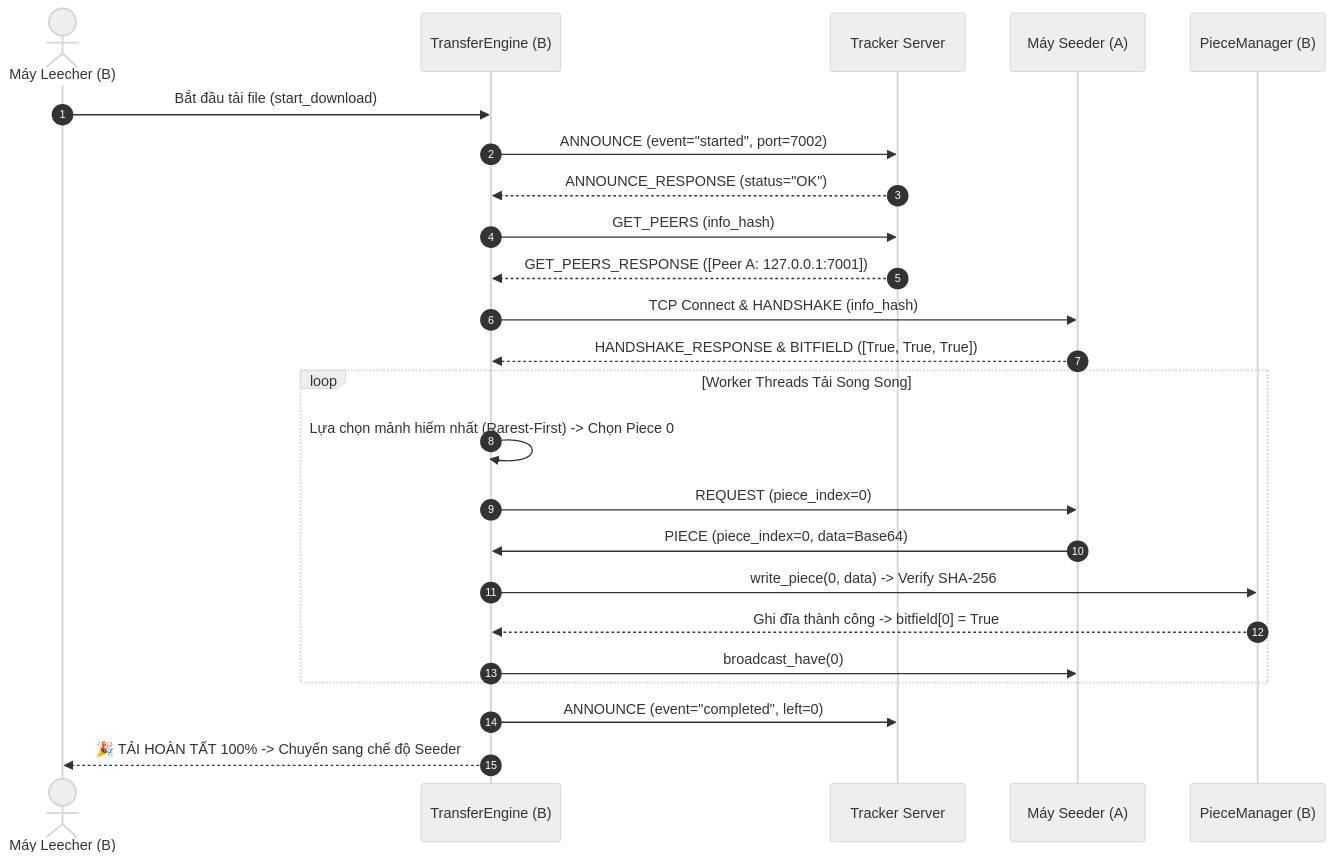
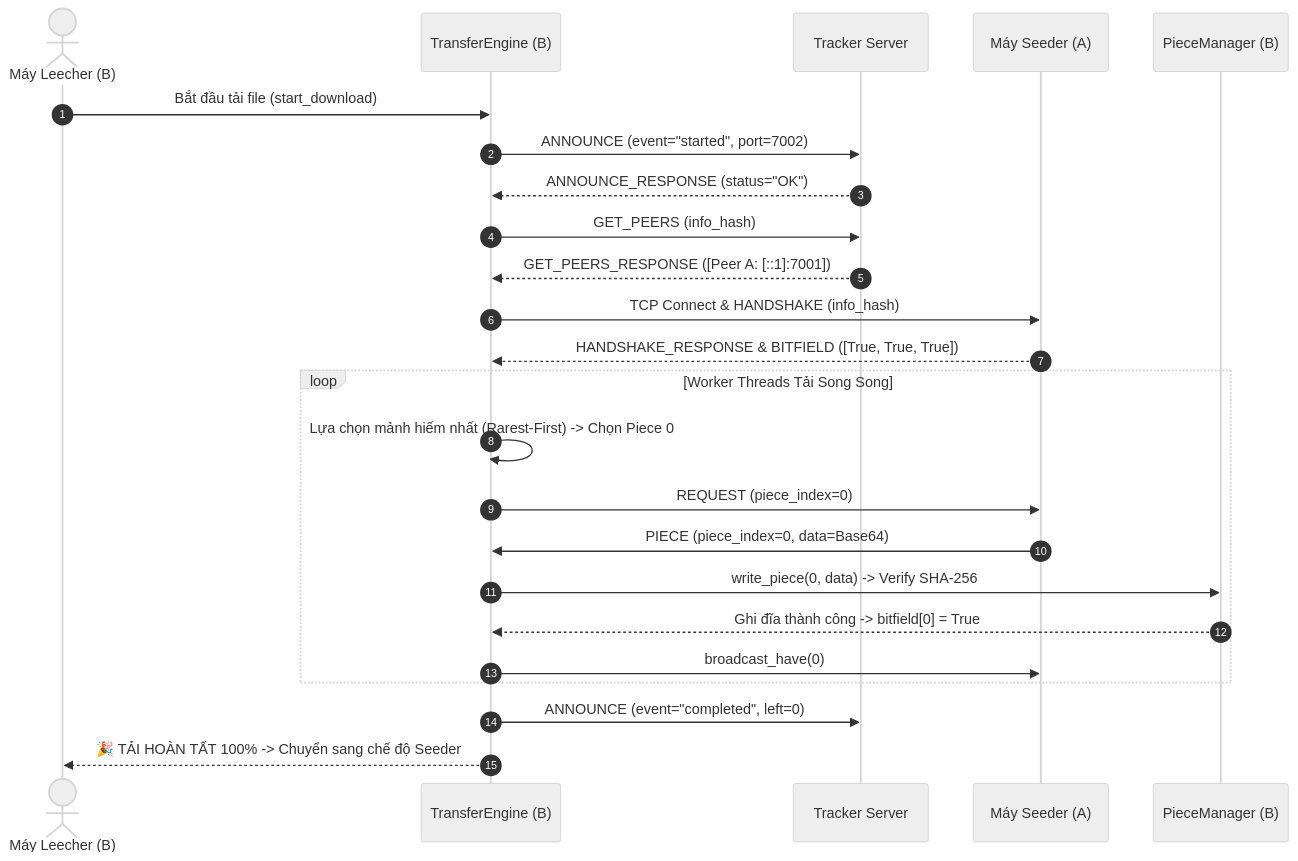
The diagram in docs/HUONG_DAN_CHI_TIET.md (Tai-TN/p2p-file-sharing), drawn with Mermaid (neutral theme) before and after one commit. The commit also changed other lines of this file and 12 other files, not shown here.

Commit message:
Add direct IPv6 tracker and peer transport

````diff
--- a/docs/HUONG_DAN_CHI_TIET.md
+++ b/docs/HUONG_DAN_CHI_TIET.md
@@ -183,30 +185,30 @@
 ```mermaid
 sequenceDiagram
     autonumber
     actor User as Máy Leecher (B)
     participant Engine as TransferEngine (B)
     participant Tracker as Tracker Server
     participant PeerA as Máy Seeder (A)
     participant Disk as PieceManager (B)
 
     User->>Engine: Bắt đầu tải file (start_download)
     Engine->>Tracker: ANNOUNCE (event="started", port=7002)
     Tracker-->>Engine: ANNOUNCE_RESPONSE (status="OK")
     Engine->>Tracker: GET_PEERS (info_hash)
-    Tracker-->>Engine: GET_PEERS_RESPONSE ([Peer A: 127.0.0.1:7001])
+    Tracker-->>Engine: GET_PEERS_RESPONSE ([Peer A: [::1]:7001])
     
     Engine->>PeerA: TCP Connect & HANDSHAKE (info_hash)
     PeerA-->>Engine: HANDSHAKE_RESPONSE & BITFIELD ([True, True, True])
     
     loop Worker Threads Tải Song Song
         Engine->>Engine: Lựa chọn mảnh hiếm nhất (Rarest-First) -> Chọn Piece 0
         Engine->>PeerA: REQUEST (piece_index=0)
         PeerA->>Engine: PIECE (piece_index=0, data=Base64)
         Engine->>Disk: write_piece(0, data) -> Verify SHA-256
         Disk-->>Engine: Ghi đĩa thành công -> bitfield[0] = True
         Engine->>PeerA: broadcast_have(0)
     end
 
     Engine->>Tracker: ANNOUNCE (event="completed", left=0)
     Engine-->>User: 🎉 TẢI HOÀN TẤT 100% -> Chuyển sang chế độ Seeder
 ```
````
